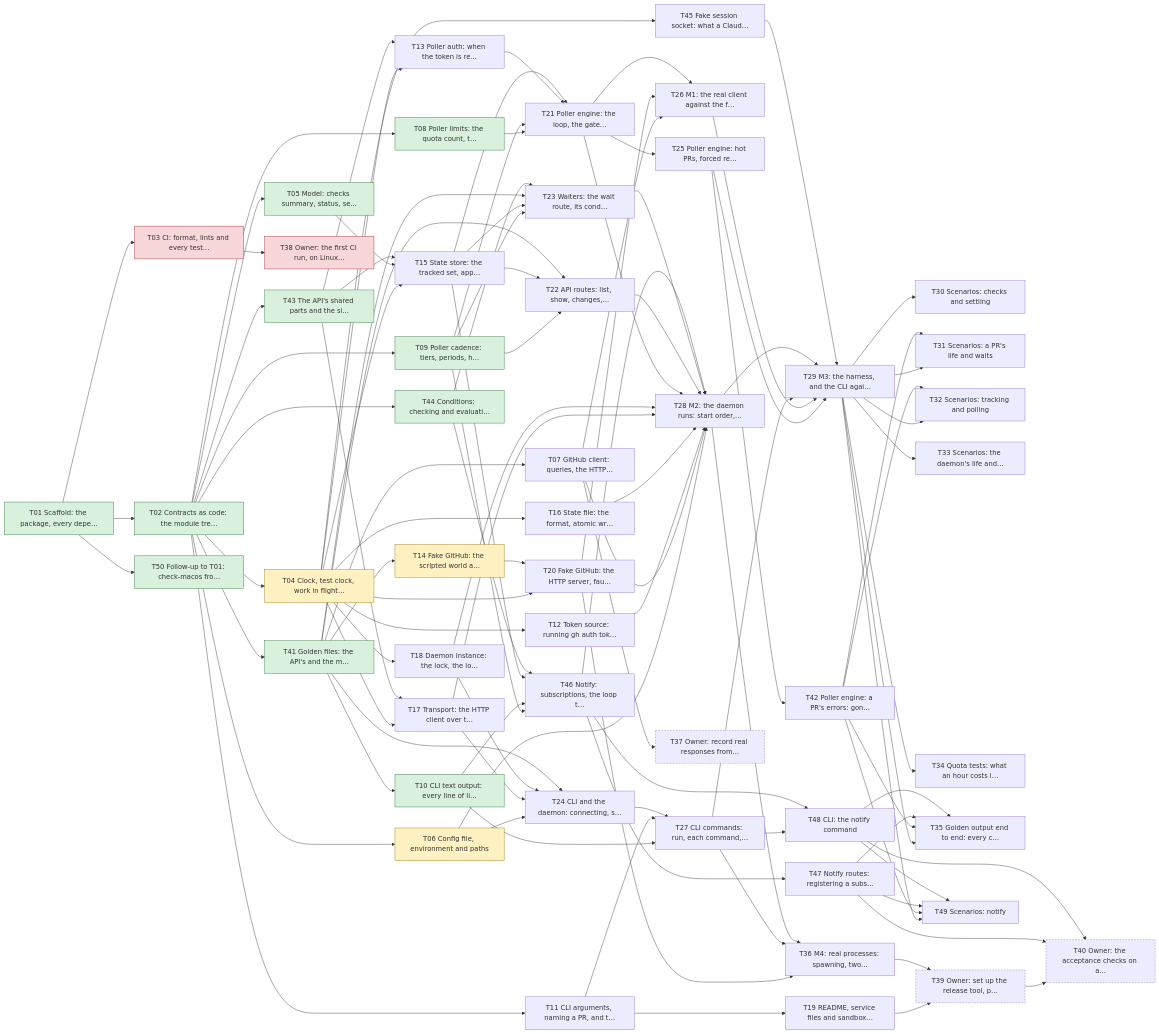
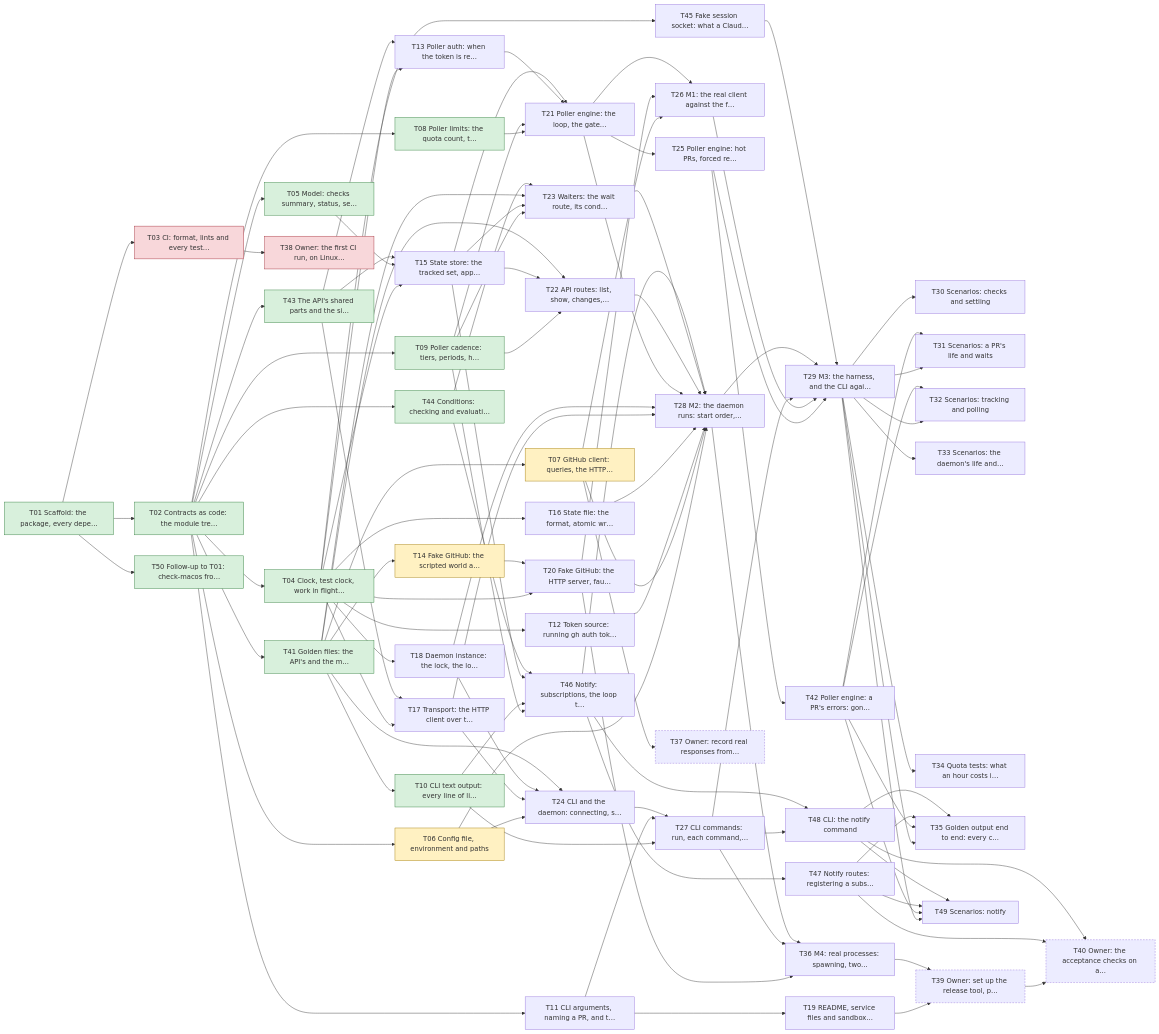
One commit to yachiko/circitor changed the diagram in plan/README.md. Above: the diagram before and after it, drawn with Mermaid. The commit also changed other lines of this file and 3 other files, not shown here.

```diff
--- a/plan/README.md
+++ b/plan/README.md
@@ -140,10 +140,10 @@
   T01["T01 Scaffold: the package, every depe…"]:::done
   T02["T02 Contracts as code: the module tre…"]:::done
   T03["T03 CI: format, lints and every test…"]:::blocked
-  T04["T04 Clock, test clock, work in flight…"]:::active
+  T04["T04 Clock, test clock, work in flight…"]:::done
   T05["T05 Model: checks summary, status, se…"]:::done
   T06["T06 Config file, environment and paths"]:::active
-  T07["T07 GitHub client: queries, the HTTP…"]
+  T07["T07 GitHub client: queries, the HTTP…"]:::active
   T08["T08 Poller limits: the quota count, t…"]:::done
   T09["T09 Poller cadence: tiers, periods, h…"]:::done
   T10["T10 CLI text output: every line of li…"]:::done
```
